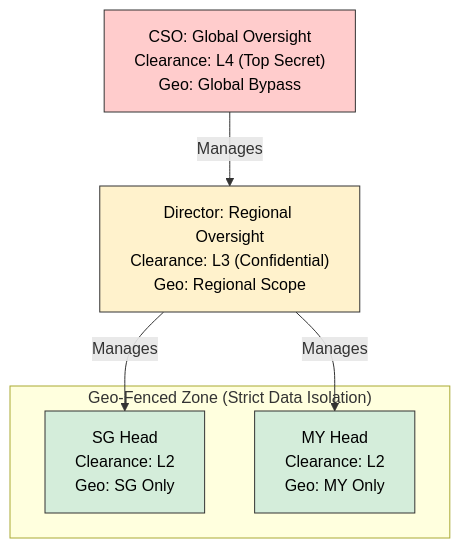
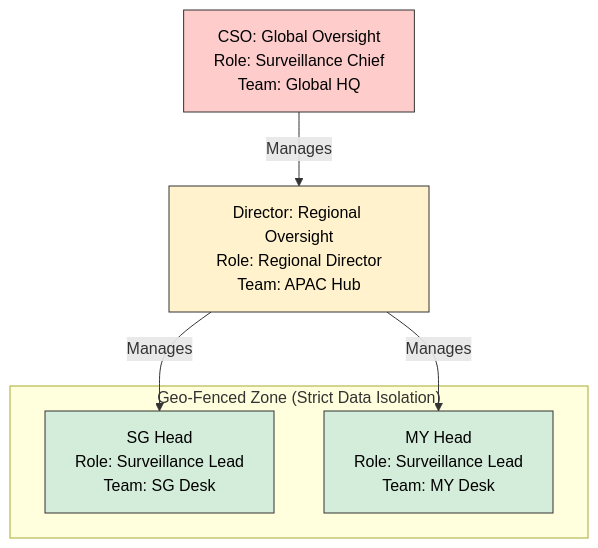
One commit to nkumar15/communication-analysis changed the second of 2 diagrams in backend/scripts/b2b/use_cases/bank_surveillance/README.md. Above: the diagram before and after it, drawn with Mermaid. The commit also changed other lines of this file and 30 other files, not shown here.

Commit message:
refactor: Streamline RBAC to a 2-layer model, integrate user team memberships, and update invitation flows.

````diff
--- a/backend/scripts/b2b/use_cases/bank_surveillance/README.md
+++ b/backend/scripts/b2b/use_cases/bank_surveillance/README.md
@@ -53,21 +53,21 @@
 ```mermaid
 graph TD
     %% Nodes with Clearance Levels
-    CSO["CSO: Global Oversight<br/>Clearance: L4 (Top Secret)<br/>Geo: Global Bypass"] 
-    -->|Manages| Dir["Director: Regional Oversight<br/>Clearance: L3 (Confidential)<br/>Geo: Regional Scope"]
+    CSO["CSO: Global Oversight<br/>Role: Surveillance Chief<br/>Team: Global HQ"] 
+    -->|Manages| Dir["Director: Regional Oversight<br/>Role: Regional Director<br/>Team: APAC Hub"]
     
-    Dir -->|Manages| SG["SG Head<br/>Clearance: L2<br/>Geo: SG Only"]
-    Dir -->|Manages| MY["MY Head<br/>Clearance: L2<br/>Geo: MY Only"]
+    Dir -->|Manages| SG["SG Head<br/>Role: Surveillance Lead<br/>Team: SG Desk"]
+    Dir -->|Manages| MY["MY Head<br/>Role: Surveillance Lead<br/>Team: MY Desk"]
 
     %% Plugin Boundary
     subgraph "Geo-Fenced Zone (Strict Data Isolation)"
     SG
     MY
     end
 
     %% Styles
     style CSO fill:#ffcccc,stroke:#333,color:#000
     style Dir fill:#fff2cc,stroke:#333,color:#000
     style SG fill:#d4edda,stroke:#333,color:#000
     style MY fill:#d4edda,stroke:#333,color:#000
 ```
````
